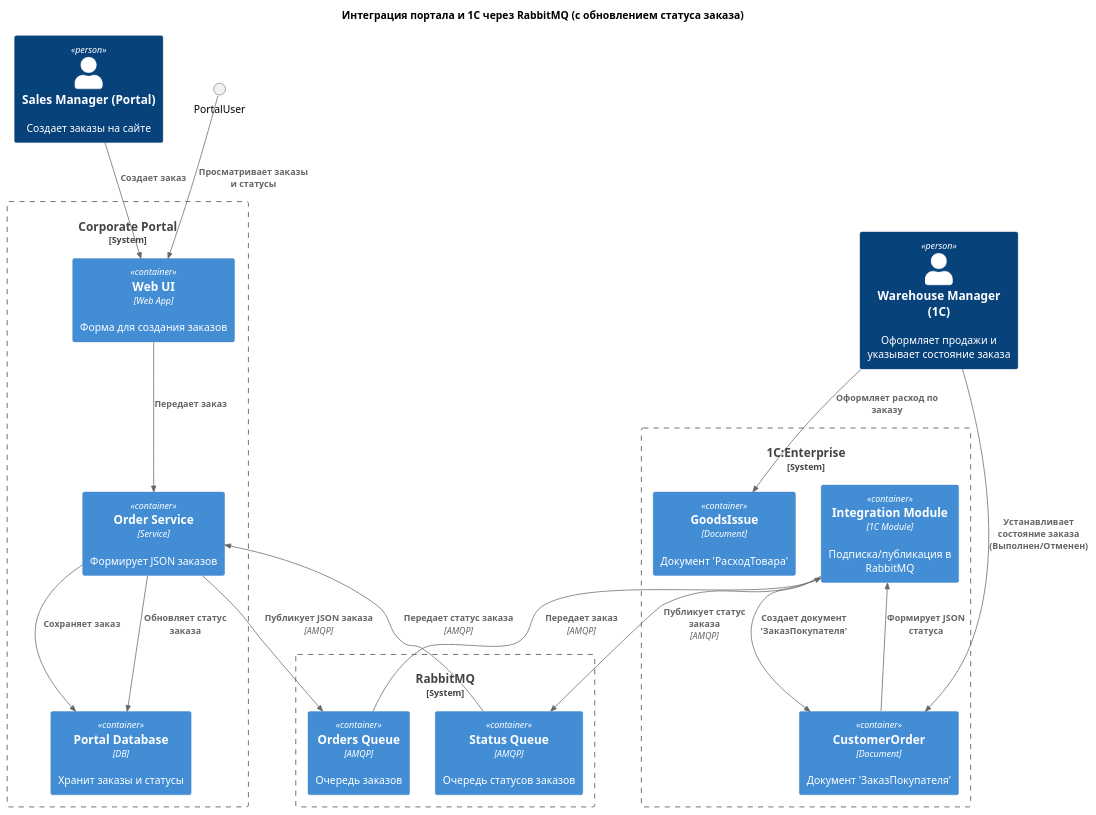
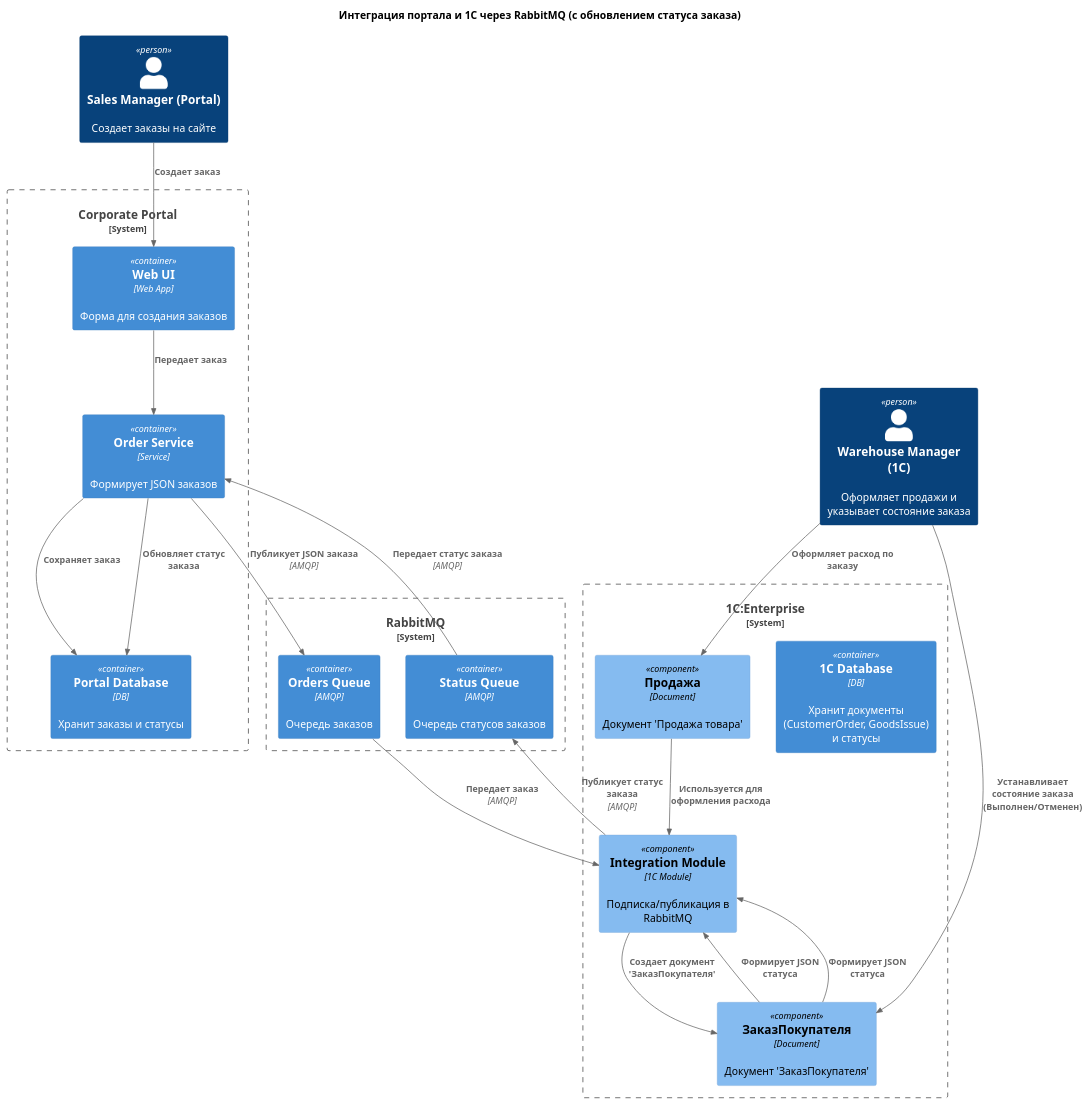
One commit to igor-1c/order_processing changed the diagram in doc/С4.puml. Above: the diagram before and after it, drawn with PlantUML. The commit also changed 1 other file, not shown here.

Commit message:
Исправлена схема C4

```diff
--- a/doc/С4.puml
+++ b/doc/С4.puml
@@ -1,46 +1,55 @@
 @startuml
 !include https://raw.githubusercontent.com/plantuml-stdlib/C4-PlantUML/master/C4.puml
 !include https://raw.githubusercontent.com/plantuml-stdlib/C4-PlantUML/master/C4_Container.puml
+!include https://raw.githubusercontent.com/plantuml-stdlib/C4-PlantUML/master/C4_Component.puml
 
 title Интеграция портала и 1С через RabbitMQ (с обновлением статуса заказа)
 
 ' Акторы
 Person(SiteManager, "Sales Manager (Portal)", "Создает заказы на сайте")
 Person(StoreManager, "Warehouse Manager (1C)", "Оформляет продажи и указывает состояние заказа")
 
 ' Системы
 System_Boundary(Portal, "Corporate Portal") {
     Container(PortalUI, "Web UI", "Web App", "Форма для создания заказов")
     Container(PortalService, "Order Service", "Service", "Формирует JSON заказов")
     Container(PortalDB, "Portal Database", "DB", "Хранит заказы и статусы")
 }
 
 System_Boundary(Rabbit, "RabbitMQ") {
     Container(OrdersQueue, "Orders Queue", "AMQP", "Очередь заказов")
     Container(StatusQueue, "Status Queue", "AMQP", "Очередь статусов заказов")
 }
 
 System_Boundary(OneC, "1C:Enterprise") {
-    Container(IntegrationModule, "Integration Module", "1C Module", "Подписка/публикация в RabbitMQ")
-    Container(CustomerOrder, "CustomerOrder", "Document", "Документ 'ЗаказПокупателя'")
-    Container(GoodsIssue, "GoodsIssue", "Document", "Документ 'РасходТовара'")
+    Container(IntegrationModule, "Integration Module", "1C Module", "Обеспечивает обмен с RabbitMQ")
+    Container(OneCDB, "1C Database", "DB", "Хранит документы (CustomerOrder, GoodsIssue) и статусы")
 }
+
+Container_Boundary(OneC, "1C:Enterprise") {
+    Component(CustomerOrder, "ЗаказПокупателя", "Document", "Документ 'ЗаказПокупателя'")
+    Component(GoodsIssue, "Продажа", "Document", "Документ 'Продажа товара'")
+    Component(IntegrationModule, "Integration Module", "1C Module", "Подписка/публикация в RabbitMQ")
+}
+
+Rel(CustomerOrder, IntegrationModule, "Формирует JSON статуса")
+Rel(GoodsIssue, IntegrationModule, "Используется для оформления расхода")
 
 ' Связи
 Rel(SiteManager, PortalUI, "Создает заказ")
 Rel(PortalUI, PortalService, "Передает заказ")
 Rel(PortalService, PortalDB, "Сохраняет заказ")
 Rel(PortalService, OrdersQueue, "Публикует JSON заказа", "AMQP")
 
 Rel(OrdersQueue, IntegrationModule, "Передает заказ", "AMQP")
 Rel(IntegrationModule, CustomerOrder, "Создает документ 'ЗаказПокупателя'")
 Rel(StoreManager, GoodsIssue, "Оформляет расход по заказу")
 Rel(StoreManager, CustomerOrder, "Устанавливает состояние заказа (Выполнен/Отменен)")
 
 Rel(CustomerOrder, IntegrationModule, "Формирует JSON статуса")
 Rel(IntegrationModule, StatusQueue, "Публикует статус заказа", "AMQP")
 Rel(StatusQueue, PortalService, "Передает статус заказа", "AMQP")
 Rel(PortalService, PortalDB, "Обновляет статус заказа")
-Rel(PortalUser, PortalUI, "Просматривает заказы и статусы")
+
 
 @enduml
```
